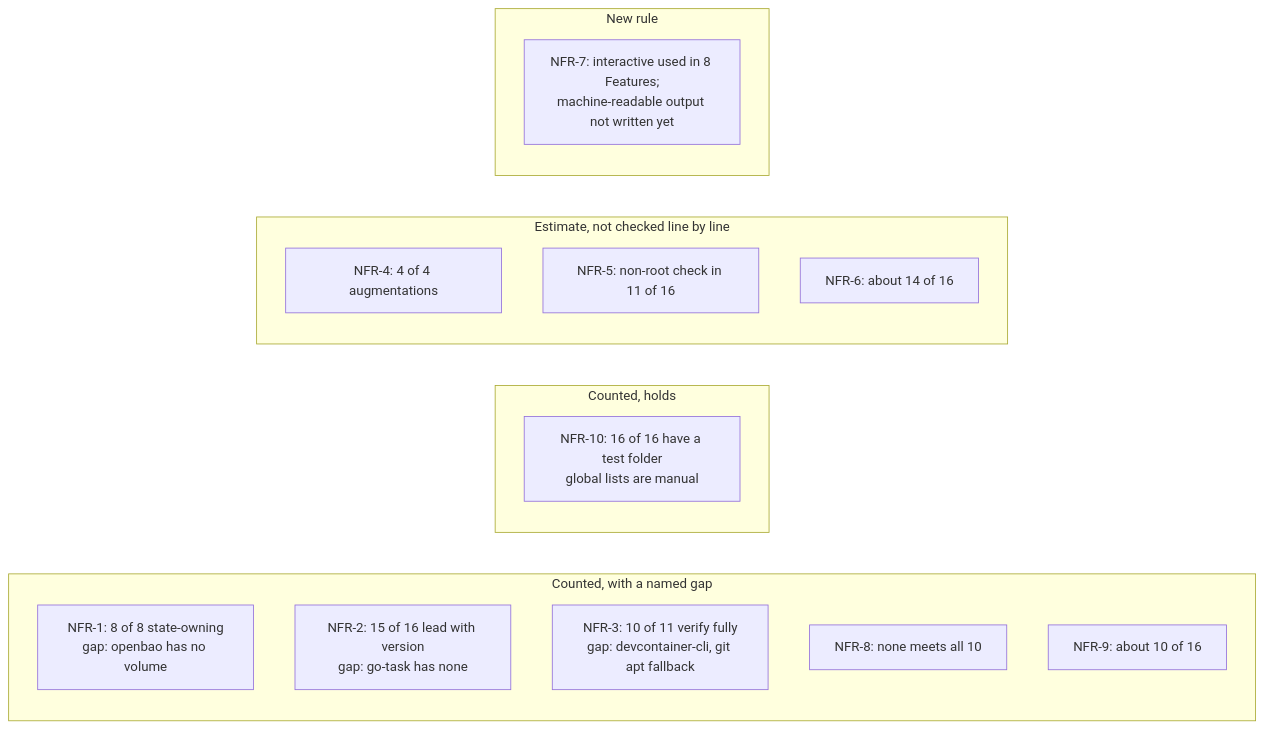
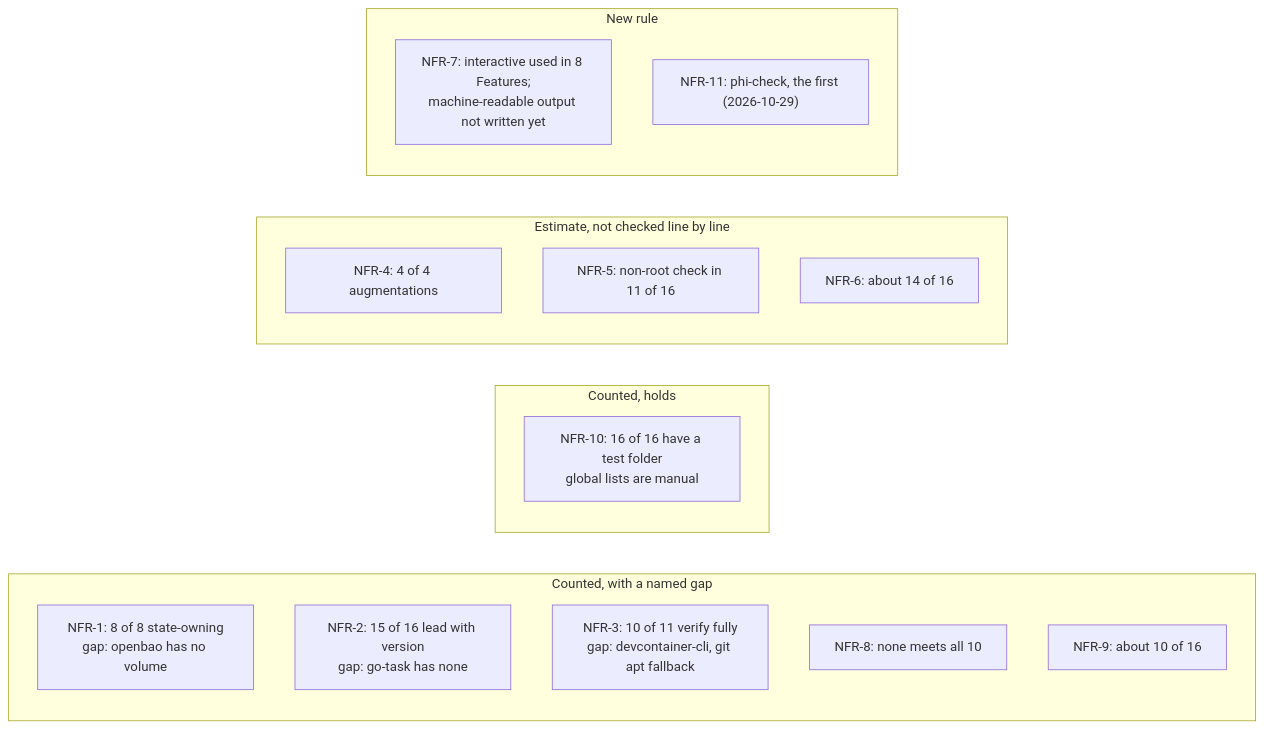
Before and after one commit to nabil-becker/devcontainer-features: the third of 3 diagrams in docs/principles/non-functional-requirements.md, drawn with Mermaid. The commit also changed other lines of this file and 9 other files, not shown here.

````diff
--- a/docs/principles/non-functional-requirements.md
+++ b/docs/principles/non-functional-requirements.md
@@ -157,21 +167,22 @@
 ```mermaid
 flowchart LR
   subgraph gap["Counted, with a named gap"]
     t1["NFR-1: 8 of 8 state-owning<br/>gap: openbao has no volume"]
     t2["NFR-2: 15 of 16 lead with version<br/>gap: go-task has none"]
     t3["NFR-3: 10 of 11 verify fully<br/>gap: devcontainer-cli, git apt fallback"]
     t8["NFR-8: none meets all 10"]
     t9["NFR-9: about 10 of 16"]
   end
   subgraph holds["Counted, holds"]
     t10["NFR-10: 16 of 16 have a test folder<br/>global lists are manual"]
   end
   subgraph est["Estimate, not checked line by line"]
     t4["NFR-4: 4 of 4 augmentations"]
     t5["NFR-5: non-root check in 11 of 16"]
     t6["NFR-6: about 14 of 16"]
   end
   subgraph newrule["New rule"]
     t7["NFR-7: interactive used in 8 Features;<br/>machine-readable output not written yet"]
+    t11["NFR-11: phi-check, the first (2026-10-29)"]
   end
 ```
````
